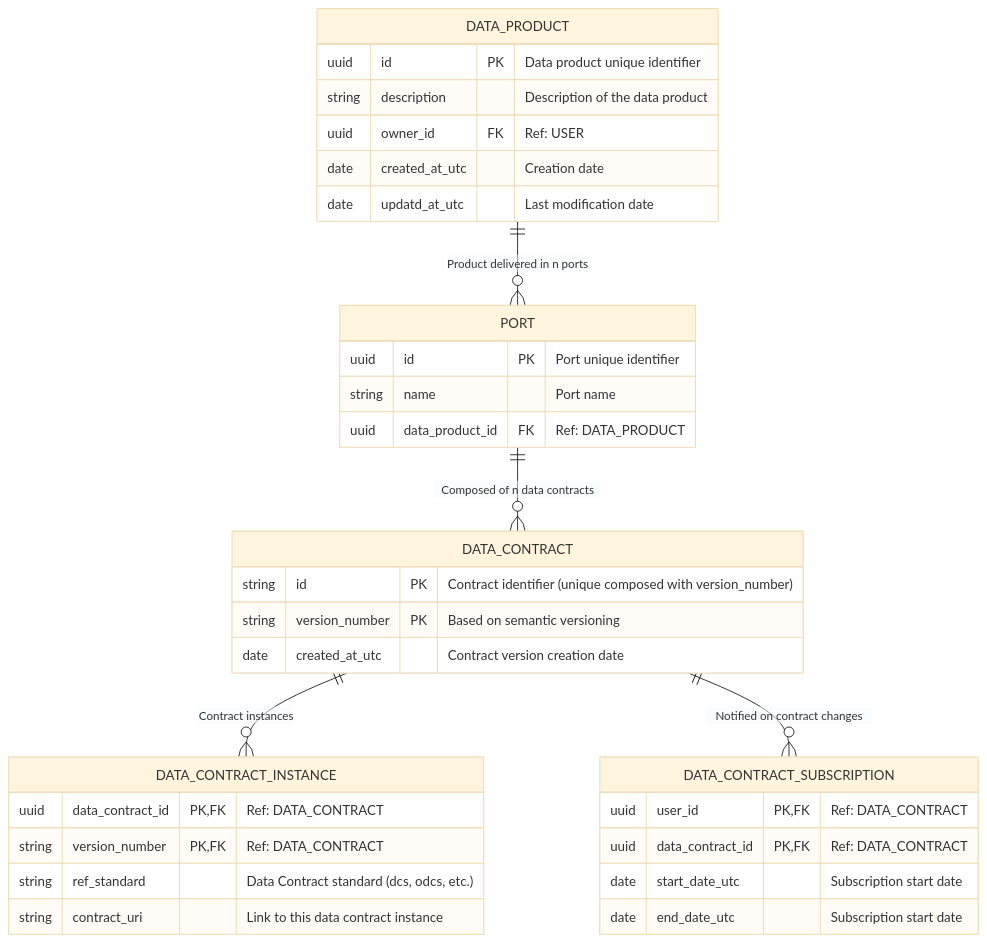
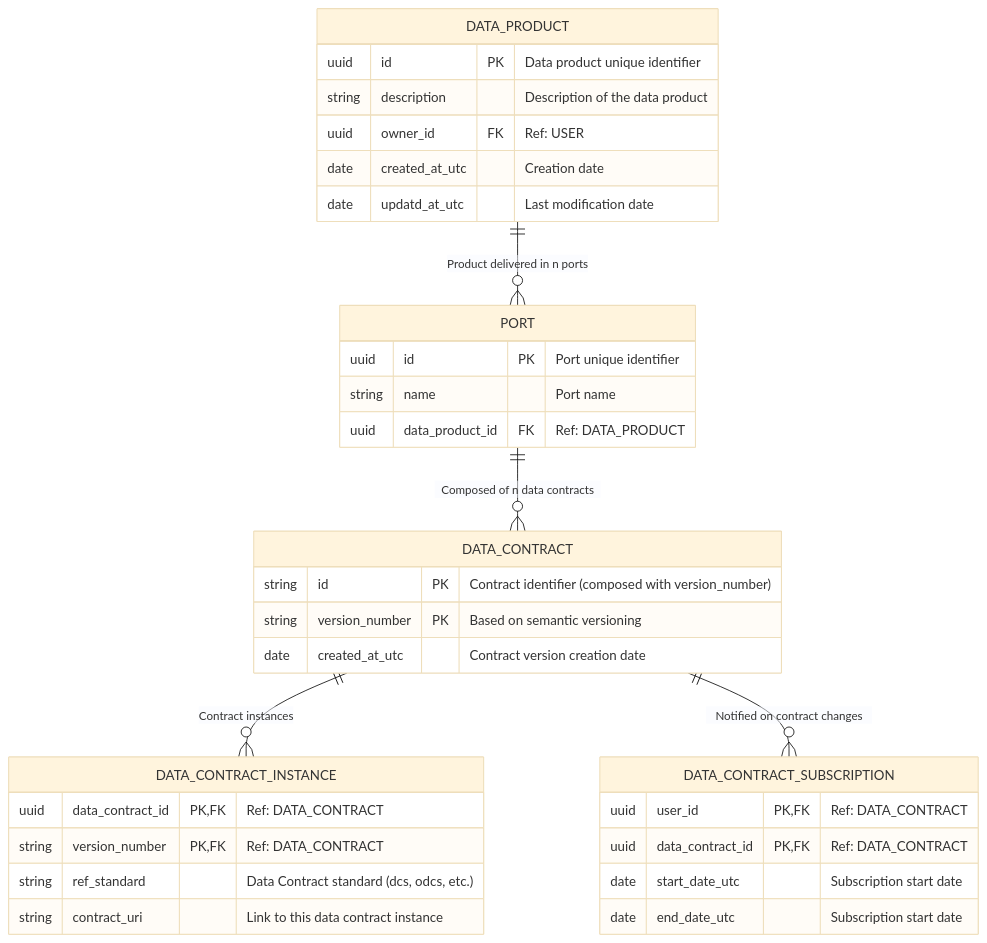
The diagram in docs/relational_model.md (monmaya/base-impl), drawn with Mermaid (base theme) before and after one commit.

````diff
--- a/docs/relational_model.md
+++ b/docs/relational_model.md
@@ -5,46 +5,46 @@
 ```mermaid
 
 erDiagram
 
     DATA_PRODUCT {
         uuid id PK "Data product unique identifier"
         string description "Description of the data product"
         uuid owner_id FK "Ref: USER"
         date created_at_utc "Creation date"
         date updatd_at_utc "Last modification date"
     }
 
     PORT {
         uuid id PK "Port unique identifier"
         string name "Port name"
         uuid data_product_id FK "Ref: DATA_PRODUCT"
     }
 
     DATA_CONTRACT {
-        string id PK "Contract identifier (unique composed with version_number)"
+        string id PK "Contract identifier (composed with version_number)"
         string version_number PK "Based on semantic versioning"
         date created_at_utc "Contract version creation date"
     }
 
     DATA_CONTRACT_INSTANCE {
         uuid data_contract_id PK, FK "Ref: DATA_CONTRACT"
         string version_number PK, FK "Ref: DATA_CONTRACT"
         string ref_standard "Data Contract standard (dcs, odcs, etc.)"
         string contract_uri "Link to this data contract instance"
     }
     
     DATA_CONTRACT_SUBSCRIPTION {
         uuid user_id PK, FK "Ref: DATA_CONTRACT"
         uuid data_contract_id PK, FK "Ref: DATA_CONTRACT"
         date start_date_utc "Subscription start date"
         date end_date_utc "Subscription start date"
     }
 
 
     DATA_PRODUCT ||--o{ PORT : "Product delivered in n ports"
     PORT ||--o{ DATA_CONTRACT : "Composed of n data contracts"
     DATA_CONTRACT ||--o{ DATA_CONTRACT_INSTANCE : "Contract instances"
     DATA_CONTRACT ||--o{ DATA_CONTRACT_SUBSCRIPTION : "Notified on contract changes"
 
 
   ```
````
